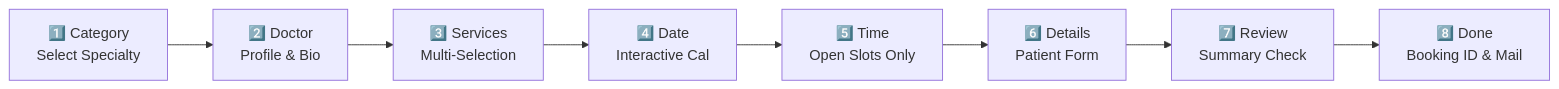
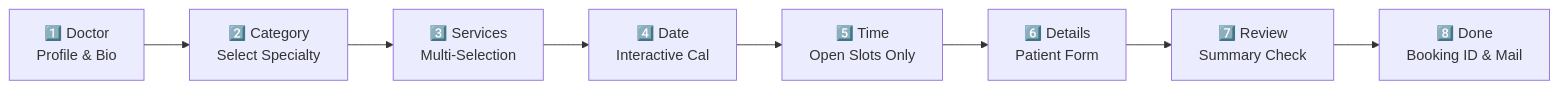
The diagram in readme.md (theaashishpathak/wp-healthcare-appointment-booking-system), drawn with Mermaid before and after one commit. The commit also changed other lines of this file and 7 other files, not shown here.

Commit message:
the booking flow is changed

````diff
--- a/readme.md
+++ b/readme.md
@@ -32,10 +32,10 @@
 ```mermaid
 flowchart LR
-    A["1️⃣ Category<br/>Select Specialty"] --> B["2️⃣ Doctor<br/>Profile & Bio"]
+    A["1️⃣ Doctor<br/>Profile & Bio"] --> B["2️⃣ Category<br/>Select Specialty"]
     B --> C["3️⃣ Services<br/>Multi-Selection"]
     C --> D["4️⃣ Date<br/>Interactive Cal"]
     D --> E["5️⃣ Time<br/>Open Slots Only"]
     E --> F["6️⃣ Details<br/>Patient Form"]
     F --> G["7️⃣ Review<br/>Summary Check"]
     G --> H["8️⃣ Done<br/>Booking ID & Mail"]
 ```
````
